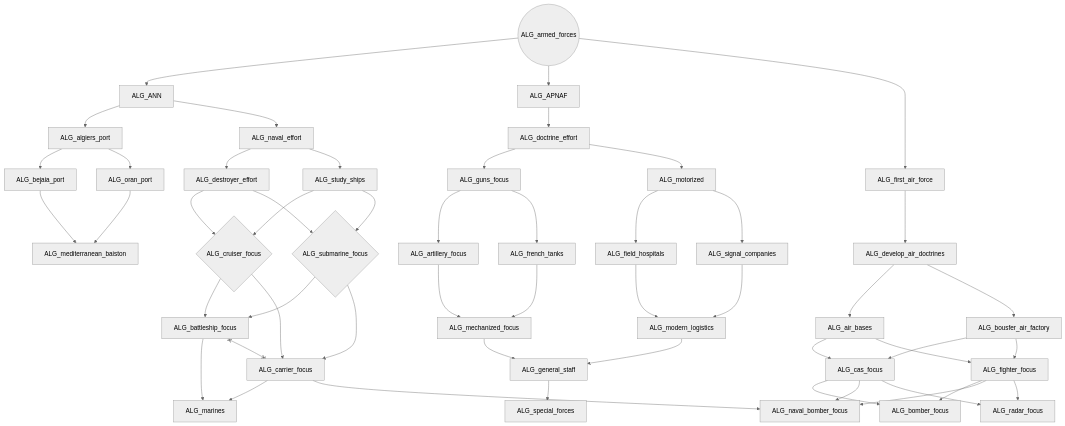
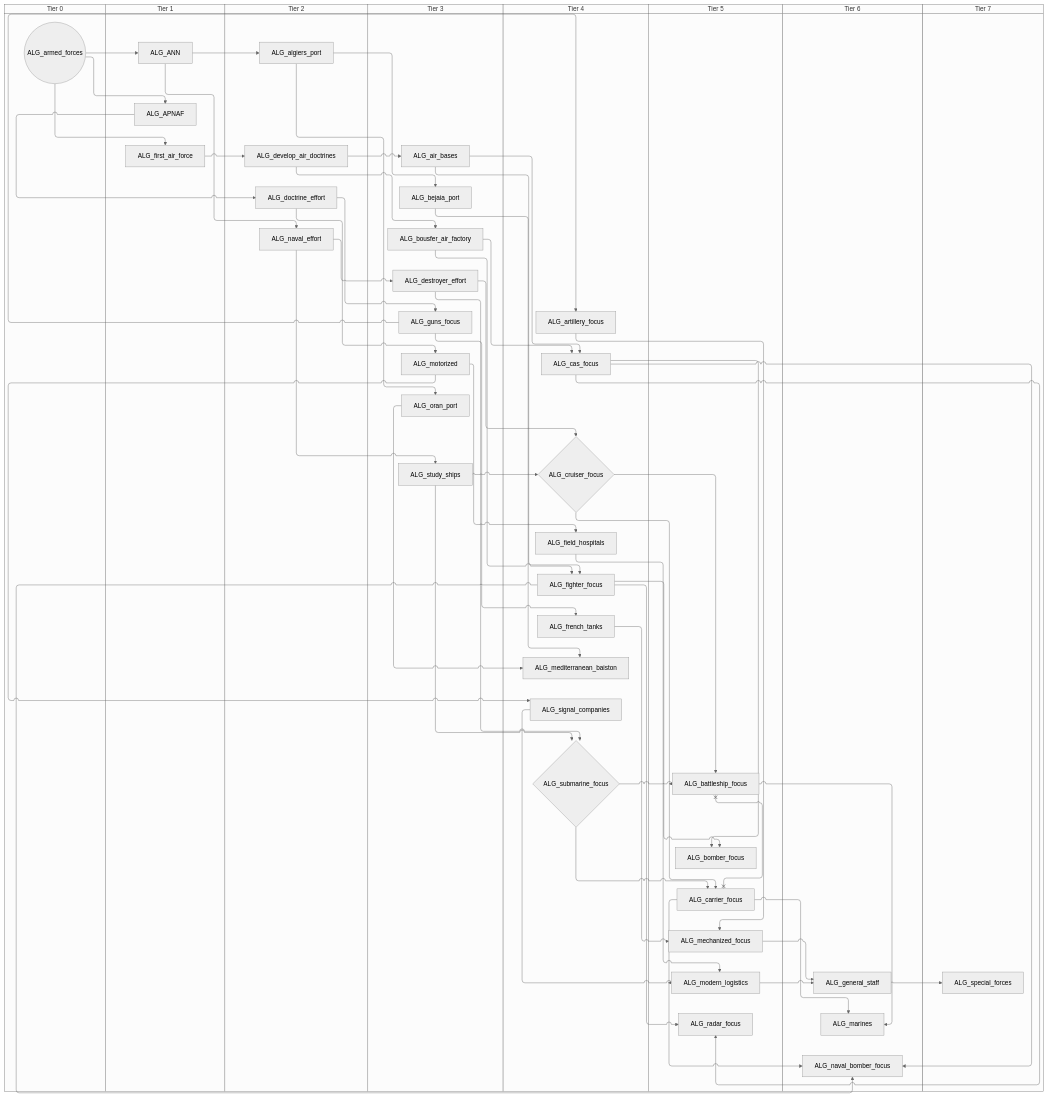
Before and after one commit to evgeny-sobol/hoi4-sandbox-mode-r56: the second of 3 diagrams in docs/gdd/National Focuses/r56/algeria.md, drawn with Mermaid (neutral theme). The commit also changed other lines of this file and 423 other files, not shown here.

First line of the commit message:
Re-export Rt56 focus trees as swimlane diagrams

````diff
--- a/docs/gdd/National Focuses/r56/algeria.md
+++ b/docs/gdd/National Focuses/r56/algeria.md
@@ -125,88 +145,104 @@
 ```mermaid
-flowchart TD
-    n46["ALG_ANN"]
-    n47["ALG_APNAF"]
-    n48["ALG_air_bases"]
-    n49["ALG_algiers_port"]
-    n50(("ALG_armed_forces"))
-    n51["ALG_artillery_focus"]
-    n52["ALG_battleship_focus"]
-    n53["ALG_bejaia_port"]
-    n54["ALG_bomber_focus"]
-    n55["ALG_bousfer_air_factory"]
-    n56["ALG_carrier_focus"]
-    n57["ALG_cas_focus"]
-    n58{"ALG_cruiser_focus"}
-    n59["ALG_destroyer_effort"]
-    n60["ALG_develop_air_doctrines"]
-    n61["ALG_doctrine_effort"]
-    n62["ALG_field_hospitals"]
-    n63["ALG_fighter_focus"]
-    n64["ALG_first_air_force"]
-    n65["ALG_french_tanks"]
-    n66["ALG_general_staff"]
-    n67["ALG_guns_focus"]
-    n68["ALG_marines"]
-    n69["ALG_mechanized_focus"]
-    n70["ALG_mediterranean_baiston"]
-    n71["ALG_modern_logistics"]
-    n72["ALG_motorized"]
-    n73["ALG_naval_bomber_focus"]
-    n74["ALG_naval_effort"]
-    n75["ALG_oran_port"]
-    n76["ALG_radar_focus"]
-    n77["ALG_signal_companies"]
-    n78["ALG_special_forces"]
-    n79["ALG_study_ships"]
-    n80{"ALG_submarine_focus"}
-    n50 --> n46
-    n50 --> n47
-    n60 --> n48
+swimlane-beta TD
+    subgraph tier_0["Tier 0"]
+        n46(("ALG_armed_forces"))
+    end
+    subgraph tier_1["Tier 1"]
+        n47["ALG_ANN"]
+        n48["ALG_APNAF"]
+        n49["ALG_first_air_force"]
+    end
+    subgraph tier_2["Tier 2"]
+        n50["ALG_algiers_port"]
+        n51["ALG_develop_air_doctrines"]
+        n52["ALG_doctrine_effort"]
+        n53["ALG_naval_effort"]
+    end
+    subgraph tier_3["Tier 3"]
+        n54["ALG_air_bases"]
+        n55["ALG_bejaia_port"]
+        n56["ALG_bousfer_air_factory"]
+        n57["ALG_destroyer_effort"]
+        n58["ALG_guns_focus"]
+        n59["ALG_motorized"]
+        n60["ALG_oran_port"]
+        n61["ALG_study_ships"]
+    end
+    subgraph tier_4["Tier 4"]
+        n62["ALG_artillery_focus"]
+        n63["ALG_cas_focus"]
+        n64{"ALG_cruiser_focus"}
+        n65["ALG_field_hospitals"]
+        n66["ALG_fighter_focus"]
+        n67["ALG_french_tanks"]
+        n68["ALG_mediterranean_baiston"]
+        n69["ALG_signal_companies"]
+        n70{"ALG_submarine_focus"}
+    end
+    subgraph tier_5["Tier 5"]
+        n71["ALG_battleship_focus"]
+        n72["ALG_bomber_focus"]
+        n73["ALG_carrier_focus"]
+        n74["ALG_mechanized_focus"]
+        n75["ALG_modern_logistics"]
+        n76["ALG_radar_focus"]
+    end
+    subgraph tier_6["Tier 6"]
+        n77["ALG_general_staff"]
+        n78["ALG_marines"]
+        n79["ALG_naval_bomber_focus"]
+    end
+    subgraph tier_7["Tier 7"]
+        n80["ALG_special_forces"]
+    end
+    n46 --> n47
+    n46 --> n48
+    n51 --> n54
+    n47 --> n50
+    n58 --> n62
+    n70 --> n71
+    n64 --> n71
+    n50 --> n55
+    n63 --> n72
+    n66 --> n72
+    n51 --> n56
+    n70 --> n73
+    n64 --> n73
+    n56 --> n63
+    n54 --> n63
+    n57 --> n64
+    n61 --> n64
+    n53 --> n57
+    n49 --> n51
+    n48 --> n52
+    n59 --> n65
+    n56 --> n66
+    n54 --> n66
     n46 --> n49
-    n67 --> n51
-    n80 --> n52
-    n58 --> n52
-    n49 --> n53
-    n57 --> n54
-    n63 --> n54
-    n60 --> n55
-    n80 --> n56
-    n58 --> n56
-    n55 --> n57
-    n48 --> n57
-    n59 --> n58
-    n79 --> n58
-    n74 --> n59
-    n64 --> n60
-    n47 --> n61
-    n72 --> n62
-    n55 --> n63
-    n48 --> n63
-    n50 --> n64
-    n67 --> n65
-    n71 --> n66
-    n69 --> n66
-    n61 --> n67
-    n56 --> n68
-    n52 --> n68
-    n65 --> n69
-    n51 --> n69
-    n75 --> n70
-    n53 --> n70
-    n77 --> n71
-    n62 --> n71
-    n61 --> n72
-    n57 --> n73
-    n63 --> n73
-    n56 --> n73
-    n46 --> n74
-    n49 --> n75
-    n57 --> n76
+    n58 --> n67
+    n75 --> n77
+    n74 --> n77
+    n52 --> n58
+    n73 --> n78
+    n71 --> n78
+    n67 --> n74
+    n62 --> n74
+    n60 --> n68
+    n55 --> n68
+    n69 --> n75
+    n65 --> n75
+    n52 --> n59
+    n63 --> n79
+    n66 --> n79
+    n73 --> n79
+    n47 --> n53
+    n50 --> n60
     n63 --> n76
-    n72 --> n77
-    n66 --> n78
-    n74 --> n79
-    n79 --> n80
-    n59 --> n80
-    n52 x--x n56
+    n66 --> n76
+    n59 --> n69
+    n77 --> n80
+    n53 --> n61
+    n61 --> n70
+    n57 --> n70
+    n71 x--x n73
 ```
````
